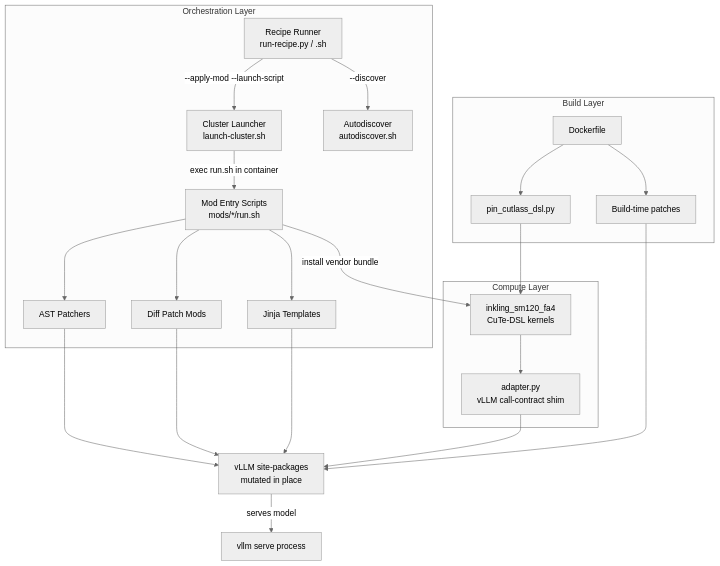
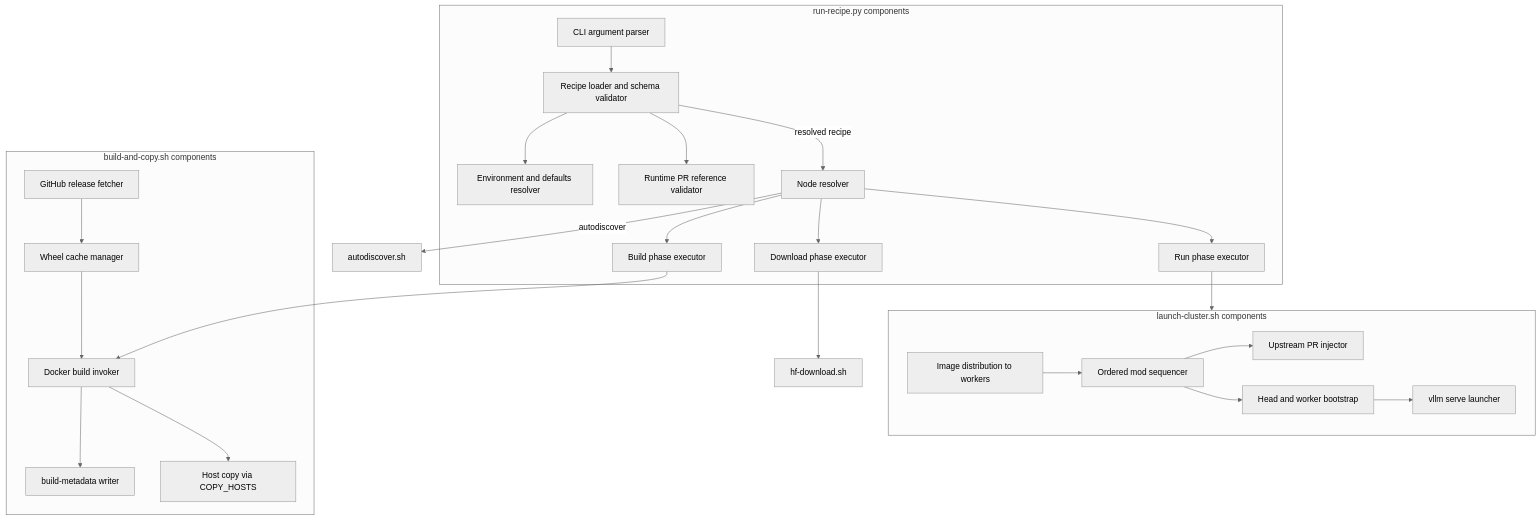
Before and after one commit to jpfulton-fultonengineeringservices/spark-vllm-docker: the fourth of 12 diagrams in deepwiki-rs-docs/2.Architecture.md, drawn with Mermaid (neutral theme). The commit also changed other lines of this file and 156 other files, not shown here.

````diff
--- a/deepwiki-rs-docs/2.Architecture.md
+++ b/deepwiki-rs-docs/2.Architecture.md
@@ -172,43 +329,49 @@
 ```mermaid
-graph TB
-    subgraph Orchestration["Orchestration Layer"]
-        RC["Recipe Runner<br/>run-recipe.py / .sh"]
-        LC["Cluster Launcher<br/>launch-cluster.sh"]
-        AD["Autodiscover<br/>autodiscover.sh"]
-        MODS["Mod Entry Scripts<br/>mods/*/run.sh"]
-        AST["AST Patchers"]
-        DIFF["Diff Patch Mods"]
-        TMPL["Jinja Templates"]
+graph TD
+    subgraph RR["run-recipe.py components"]
+        CLI["CLI argument parser"]
+        LOADER["Recipe loader and schema validator"]
+        NODES["Node resolver"]
+        BPH["Build phase executor"]
+        DPH["Download phase executor"]
+        RPH["Run phase executor"]
+        ENV["Environment and defaults resolver"]
+        PRREF["Runtime PR reference validator"]
     end
 
-    subgraph Compute["Compute Layer"]
-        FA["inkling_sm120_fa4<br/>CuTe-DSL kernels"]
-        ADP["adapter.py<br/>vLLM call-contract shim"]
+    subgraph LC["launch-cluster.sh components"]
+        IMGD["Image distribution to workers"]
+        MODSEQ["Ordered mod sequencer"]
+        PRTX["Upstream PR injector"]
+        NODEB["Head and worker bootstrap"]
+        SERVE["vllm serve launcher"]
     end
 
-    subgraph Build["Build Layer"]
-        DF["Dockerfile"]
-        BP["Build-time patches"]
-        PIN["pin_cutlass_dsl.py"]
+    subgraph BC["build-and-copy.sh components"]
+        WHEELC["Wheel cache manager"]
+        REPOF["GitHub release fetcher"]
+        DCKB["Docker build invoker"]
+        META["build-metadata writer"]
+        HOSTCP["Host copy via COPY_HOSTS"]
     end
 
-    VLLM["vLLM site-packages<br/>mutated in place"]
-
-    RC -->|"--apply-mod --launch-script"| LC
-    RC -->|"--discover"| AD
-    LC -->|"exec run.sh in container"| MODS
-    MODS --> AST
-    MODS --> DIFF
-    MODS --> TMPL
-    AST --> VLLM
-    DIFF --> VLLM
-    TMPL --> VLLM
-    MODS -->|"install vendor bundle"| FA
-    FA --> ADP
-    ADP --> VLLM
-    DF --> BP
-    DF --> PIN
-    BP --> VLLM
-    PIN --> FA
-    VLLM -->|"serves model"| Server["vllm serve process"]
+    CLI --> LOADER
+    LOADER --> ENV
+    LOADER --> PRREF
+    LOADER -->|"resolved recipe"| NODES
+    NODES -->|"autodiscover"| AD2["autodiscover.sh"]
+    NODES --> BPH
+    NODES --> DPH
+    NODES --> RPH
+    BPH --> DCKB
+    DPH --> HFD2["hf-download.sh"]
+    RPH --> LC
+    REPOF --> WHEELC
+    WHEELC --> DCKB
+    DCKB --> META
+    DCKB --> HOSTCP
+    MODSEQ --> PRTX
+    IMGD --> MODSEQ
+    MODSEQ --> NODEB
+    NODEB --> SERVE
 ```
````
